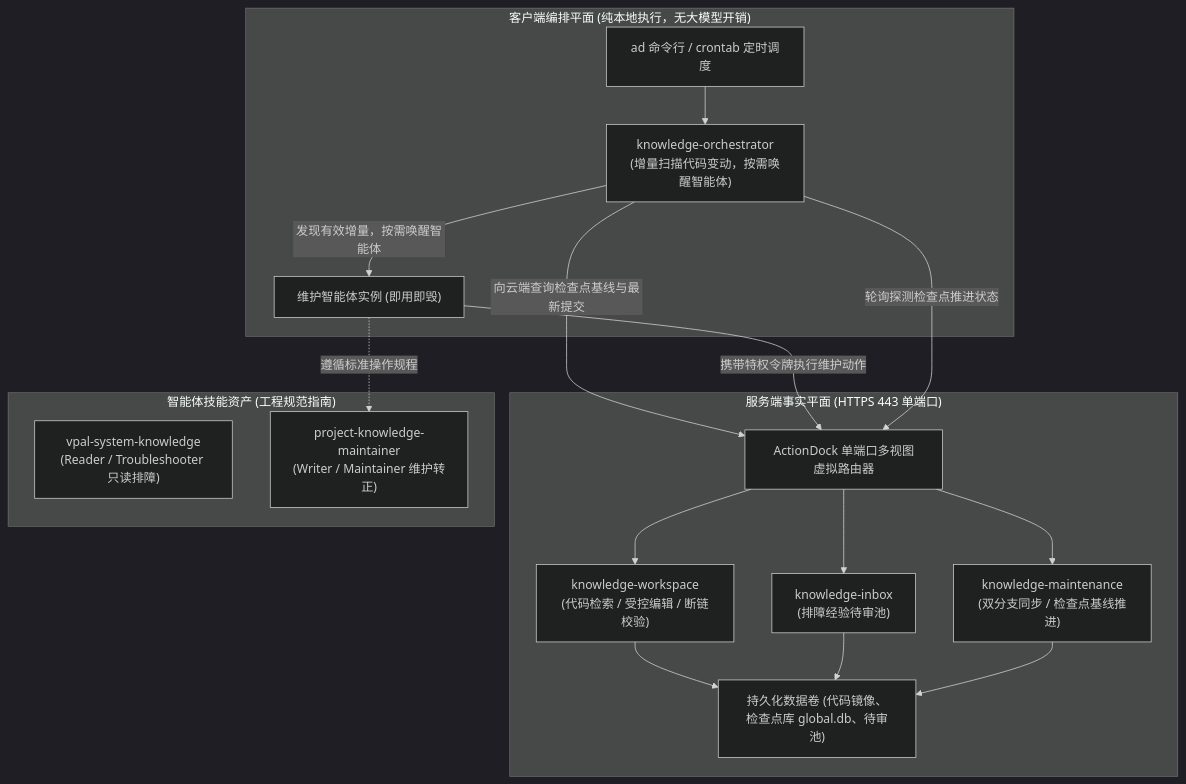
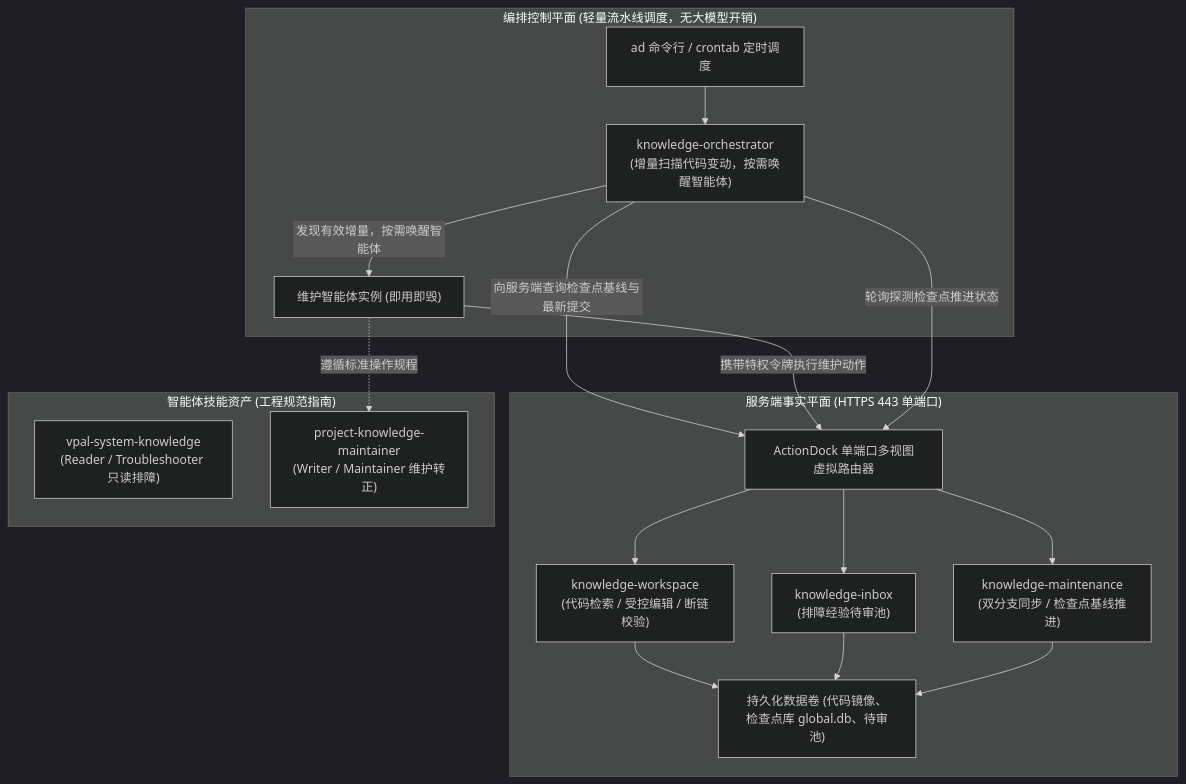
Before and after one commit to fjay/knowledge-dock: the diagram in README.md, drawn with Mermaid (dark theme). The commit also changed other lines of this file and 2 other files, not shown here.

Commit message:
docs: clarify orchestrator decoupling and remove localized dogmatic assumptions

````diff
--- a/README.md
+++ b/README.md
@@ -27,34 +27,34 @@
 ```mermaid
 flowchart TD
-    subgraph ClientPlane ["客户端编排平面 (纯本地执行，无大模型开销)"]
+    subgraph ClientPlane ["编排控制平面 (轻量流水线调度，无大模型开销)"]
         CLI["ad 命令行 / crontab 定时调度"]
         Orchestrator["knowledge-orchestrator<br/>(增量扫描代码变动，按需唤醒智能体)"]
         LocalAgent["维护智能体实例 (即用即毁)"]
     end
 
     subgraph ServerPlane ["服务端事实平面 (HTTPS 443 单端口)"]
         Router["ActionDock 单端口多视图虚拟路由器"]
         Workspace["knowledge-workspace<br/>(代码检索 / 受控编辑 / 断链校验)"]
         Inbox["knowledge-inbox<br/>(排障经验待审池)"]
         Maintenance["knowledge-maintenance<br/>(双分支同步 / 检查点基线推进)"]
         Storage["持久化数据卷 (代码镜像、检查点库 global.db、待审池)"]
     end
 
     subgraph SkillsAsset ["智能体技能资产 (工程规范指南)"]
         ReaderSkill["vpal-system-knowledge<br/>(Reader / Troubleshooter 只读排障)"]
         MaintainerSkill["project-knowledge-maintainer<br/>(Writer / Maintainer 维护转正)"]
     end
 
     CLI --> Orchestrator
-    Orchestrator -->|"向云端查询检查点基线与最新提交"| Router
+    Orchestrator -->|"向服务端查询检查点基线与最新提交"| Router
     Orchestrator -->|"发现有效增量，按需唤醒智能体"| LocalAgent
     LocalAgent -.->|"遵循标准操作规程"| MaintainerSkill
     LocalAgent -->|"携带特权令牌执行维护动作"| Router
     Router --> Workspace
     Router --> Inbox
     Router --> Maintenance
     Workspace --> Storage
     Inbox --> Storage
     Maintenance --> Storage
     Orchestrator -->|"轮询探测检查点推进状态"| Router
 ```
````
